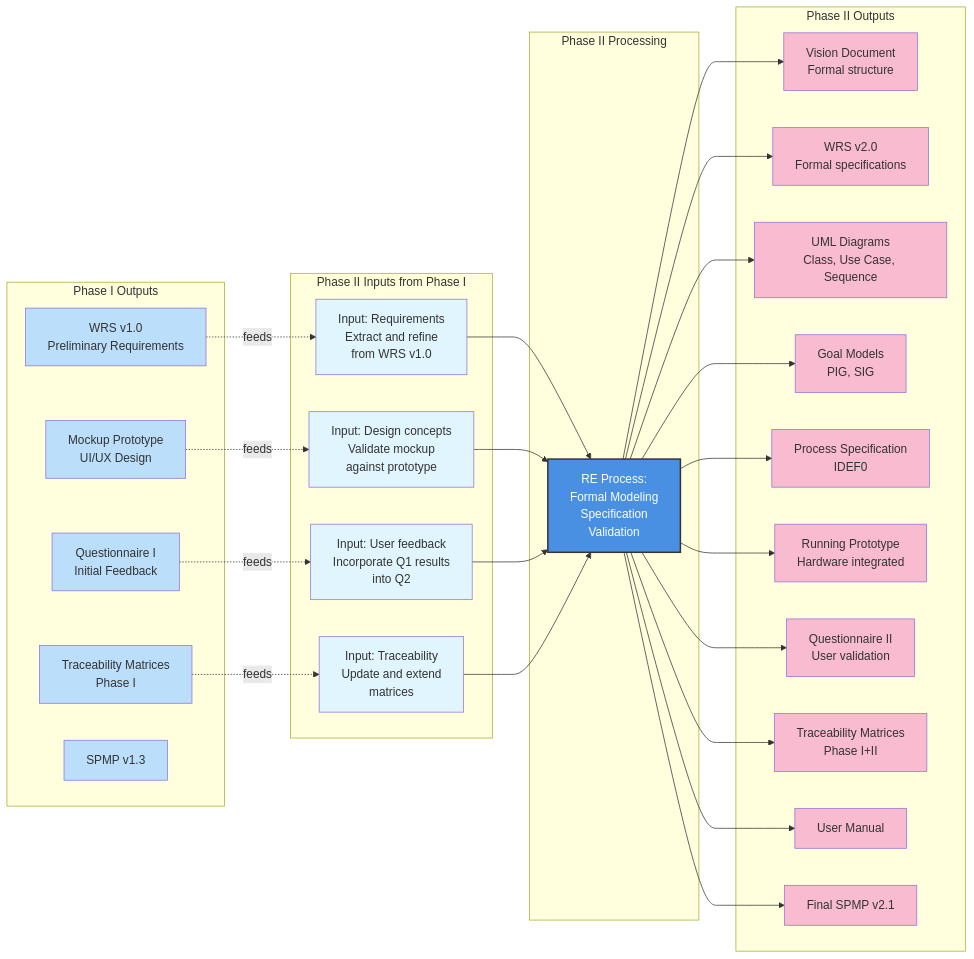
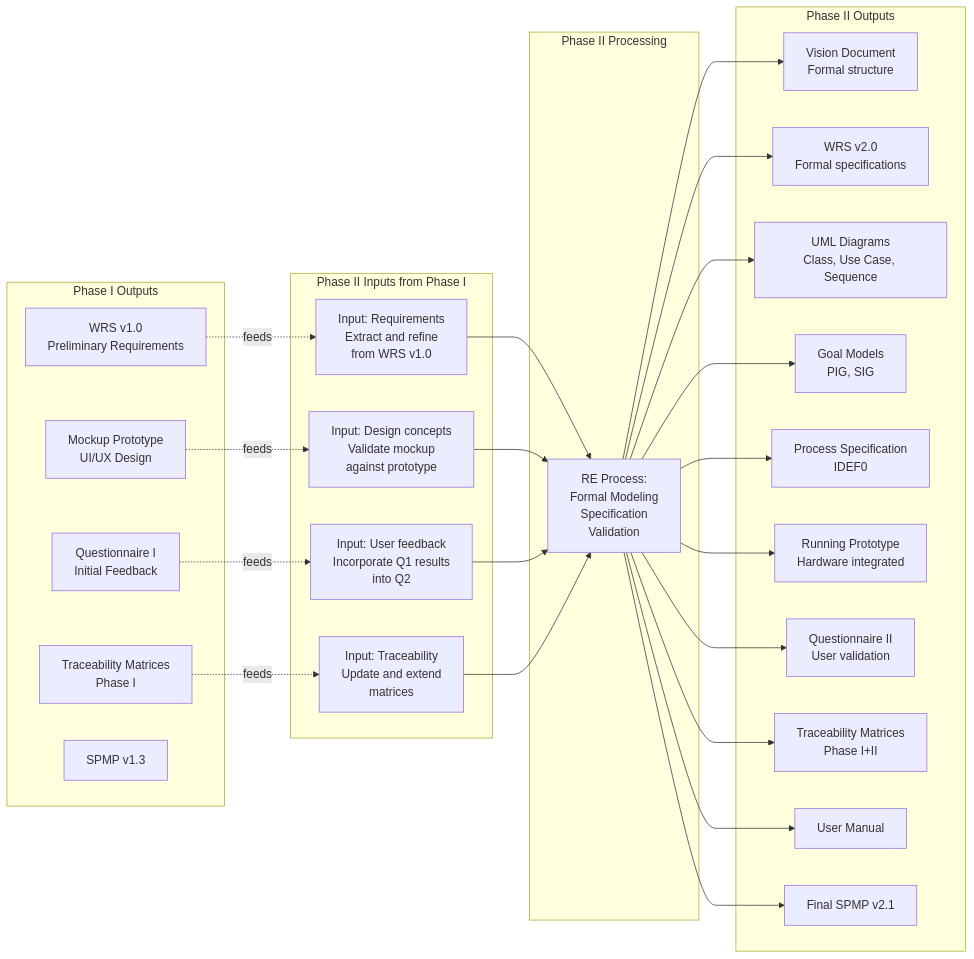
Before and after one commit to phamleduy04/se4351-mobile-f25: the ninth of 9 diagrams in docs/Project 2/Process Specification.md, drawn with Mermaid. The commit also changed other lines of this file, not shown here.

First line of the commit message:
Remove style definitions from Process Specification

````diff
--- a/docs/Project 2/Process Specification.md
+++ b/docs/Project 2/Process Specification.md
@@ -996,79 +873,55 @@
 ```mermaid
 graph LR
     subgraph "Phase I Outputs"
         P1_OUT1["WRS v1.0<br/>Preliminary Requirements"]
         P1_OUT2["Mockup Prototype<br/>UI/UX Design"]
         P1_OUT3["Questionnaire I<br/>Initial Feedback"]
         P1_OUT4["Traceability Matrices<br/>Phase I"]
         P1_OUT5["SPMP v1.3"]
     end
     
     subgraph "Phase II Processing"
         P2_PROCESS["RE Process:<br/>Formal Modeling<br/>Specification<br/>Validation"]
     end
     
     subgraph "Phase II Inputs from Phase I"
         P2_IN1["Input: Requirements<br/>Extract and refine<br/>from WRS v1.0"]
         P2_IN2["Input: Design concepts<br/>Validate mockup<br/>against prototype"]
         P2_IN3["Input: User feedback<br/>Incorporate Q1 results<br/>into Q2"]
         P2_IN4["Input: Traceability<br/>Update and extend<br/>matrices"]
     end
     
     subgraph "Phase II Outputs"
         P2_OUT1["Vision Document<br/>Formal structure"]
         P2_OUT2["WRS v2.0<br/>Formal specifications"]
         P2_OUT3["UML Diagrams<br/>Class, Use Case, Sequence"]
         P2_OUT4["Goal Models<br/>PIG, SIG"]
         P2_OUT5["Process Specification<br/>IDEF0"]
         P2_OUT6["Running Prototype<br/>Hardware integrated"]
         P2_OUT7["Questionnaire II<br/>User validation"]
         P2_OUT8["Traceability Matrices<br/>Phase I+II"]
         P2_OUT9["User Manual"]
         P2_OUT10["Final SPMP v2.1"]
     end
     
     P1_OUT1 -.feeds.-> P2_IN1
     P1_OUT2 -.feeds.-> P2_IN2
     P1_OUT3 -.feeds.-> P2_IN3
     P1_OUT4 -.feeds.-> P2_IN4
     
     P2_IN1 --> P2_PROCESS
     P2_IN2 --> P2_PROCESS
     P2_IN3 --> P2_PROCESS
     P2_IN4 --> P2_PROCESS
     
     P2_PROCESS --> P2_OUT1
     P2_PROCESS --> P2_OUT2
     P2_PROCESS --> P2_OUT3
     P2_PROCESS --> P2_OUT4
     P2_PROCESS --> P2_OUT5
     P2_PROCESS --> P2_OUT6
     P2_PROCESS --> P2_OUT7
     P2_PROCESS --> P2_OUT8
     P2_PROCESS --> P2_OUT9
     P2_PROCESS --> P2_OUT10
-    
-    style P1_OUT1 fill:#BBDEFB
-    style P1_OUT2 fill:#BBDEFB
-    style P1_OUT3 fill:#BBDEFB
-    style P1_OUT4 fill:#BBDEFB
-    style P1_OUT5 fill:#BBDEFB
-    
-    style P2_PROCESS fill:#4A90E2,stroke:#333,stroke-width:2px,color:#fff
-    
-    style P2_IN1 fill:#E1F5FE
-    style P2_IN2 fill:#E1F5FE
-    style P2_IN3 fill:#E1F5FE
-    style P2_IN4 fill:#E1F5FE
-    
-    style P2_OUT1 fill:#F8BBD0
-    style P2_OUT2 fill:#F8BBD0
-    style P2_OUT3 fill:#F8BBD0
-    style P2_OUT4 fill:#F8BBD0
-    style P2_OUT5 fill:#F8BBD0
-    style P2_OUT6 fill:#F8BBD0
-    style P2_OUT7 fill:#F8BBD0
-    style P2_OUT8 fill:#F8BBD0
-    style P2_OUT9 fill:#F8BBD0
-    style P2_OUT10 fill:#F8BBD0
 ```
````
